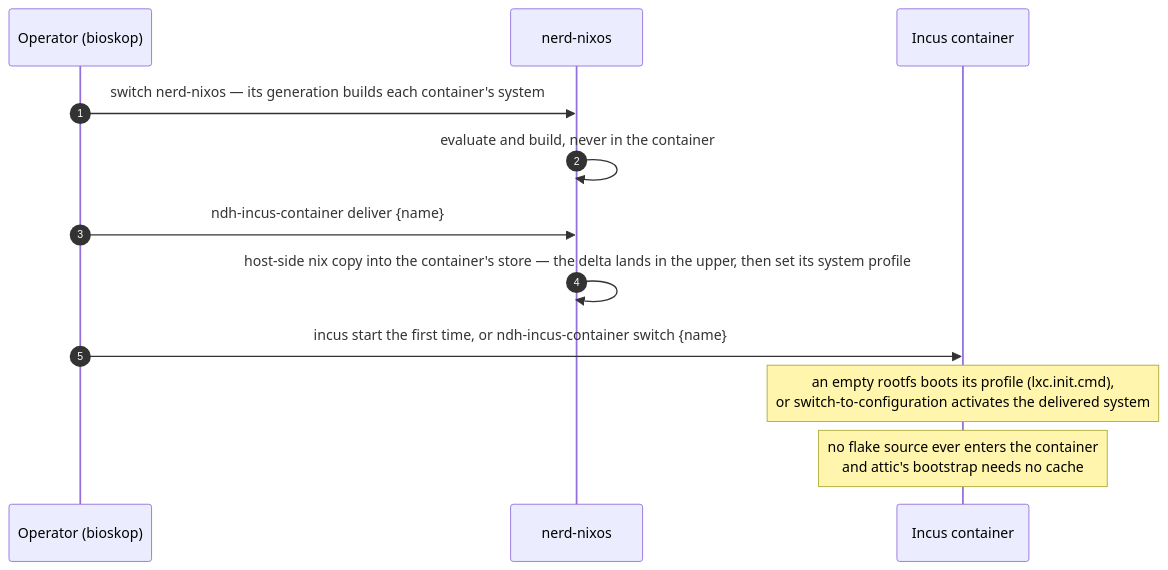
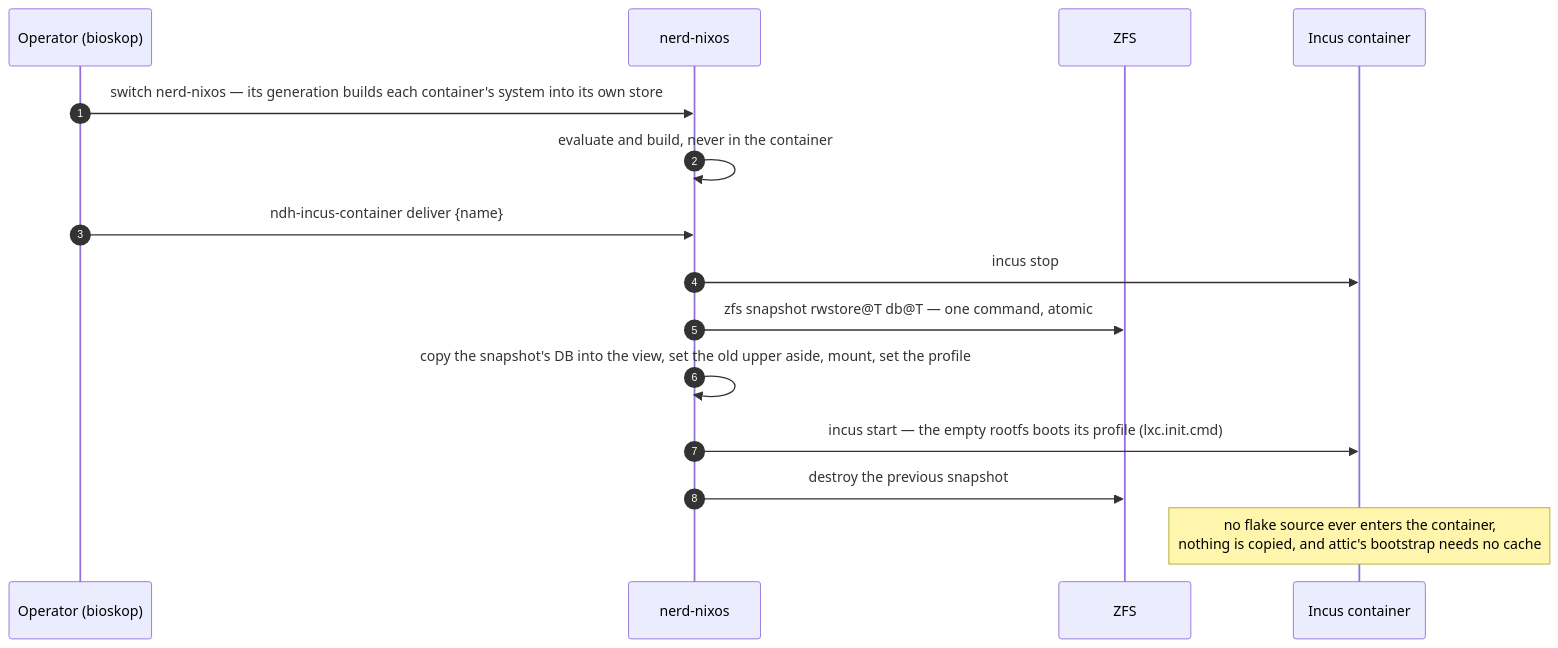
The tenth of 12 diagrams in docs/private-binary-cache-spec.adoc (seedmatic/ndh), drawn with Mermaid before and after one commit. The commit also changed other lines of this file, not shown here.

```diff
--- a/docs/private-binary-cache-spec.adoc
+++ b/docs/private-binary-cache-spec.adoc
@@ -1457,15 +1498,18 @@
 [mermaid]
 ....
 sequenceDiagram
   autonumber
   participant Op as Operator (bioskop)
   participant NN as nerd-nixos
+  participant Z as ZFS
   participant C as Incus container
-  Op->>NN: switch nerd-nixos — its generation builds each container's system
+  Op->>NN: switch nerd-nixos — its generation builds each container's system into its own store
   NN->>NN: evaluate and build, never in the container
   Op->>NN: ndh-incus-container deliver {name}
-  NN->>NN: host-side nix copy into the container's store — the delta lands in the upper, then set its system profile
-  Op->>C: incus start the first time, or ndh-incus-container switch {name}
-  Note over C: an empty rootfs boots its profile (lxc.init.cmd),<br/>or switch-to-configuration activates the delivered system
-  Note over C: no flake source ever enters the container<br/>and attic's bootstrap needs no cache
+  NN->>C: incus stop
+  NN->>Z: zfs snapshot rwstore@T db@T — one command, atomic
+  NN->>NN: copy the snapshot's DB into the view, set the old upper aside, mount, set the profile
+  NN->>C: incus start — the empty rootfs boots its profile (lxc.init.cmd)
+  NN->>Z: destroy the previous snapshot
+  Note over C: no flake source ever enters the container,<br/>nothing is copied, and attic's bootstrap needs no cache
 ....
```
